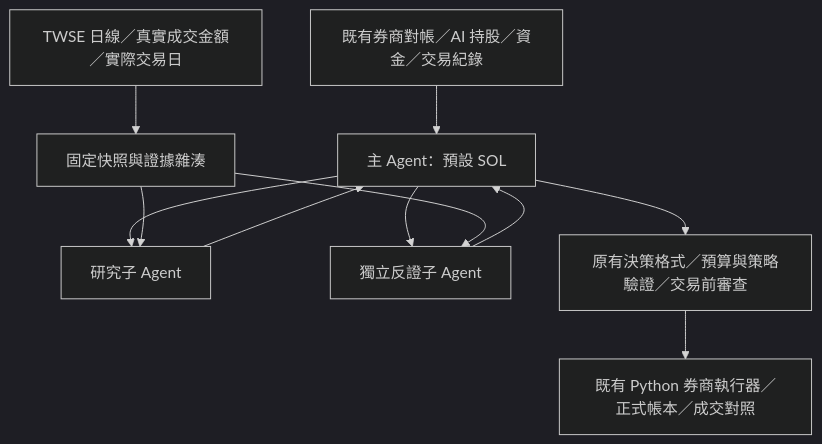
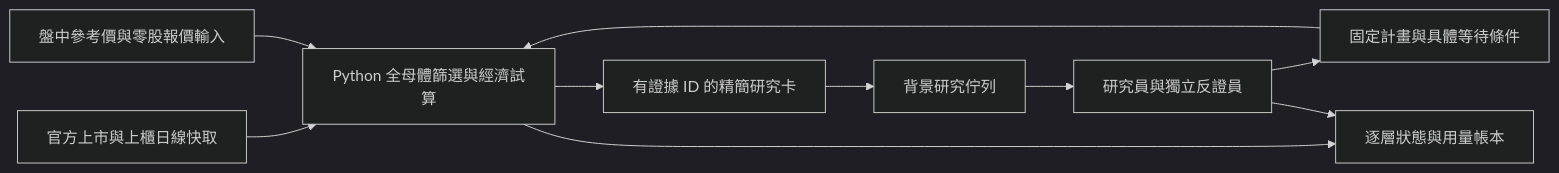
Before and after one commit to konakona-0827/STOCKLLMVER2: the diagram in README.md, drawn with Mermaid (dark theme). The commit also changed other lines of this file and 33 other files, not shown here.

Commit message:
Build independent TW Opportunity Flow with background evidence reviews

````diff
--- a/README.md
+++ b/README.md
@@ -69,13 +13,12 @@
 ```mermaid
-flowchart TD
-    A[既有券商對帳／AI 持股／資金／交易紀錄] --> M[主 Agent：預設 SOL]
-    M --> R[研究子 Agent]
-    M --> V[獨立反證子 Agent]
-    D[TWSE 日線／真實成交金額／實際交易日] --> P[固定快照與證據雜湊]
-    P --> R
-    P --> V
-    R --> M
-    V --> M
-    M --> C[原有決策格式／預算與策略驗證／交易前審查]
-    C --> E[既有 Python 券商執行器／正式帳本／成交對照]
+flowchart LR
+    A[官方上市與上櫃日線快取] --> B[Python 全母體篩選與經濟試算]
+    Q[盤中參考價與零股報價輸入] --> B
+    B --> C[有證據 ID 的精簡研究卡]
+    C --> D[背景研究佇列]
+    D --> E[研究員與獨立反證員]
+    E --> F[固定計畫與具體等待條件]
+    F --> B
+    B --> G[逐層狀態與用量帳本]
+    E --> G
 ```
````
